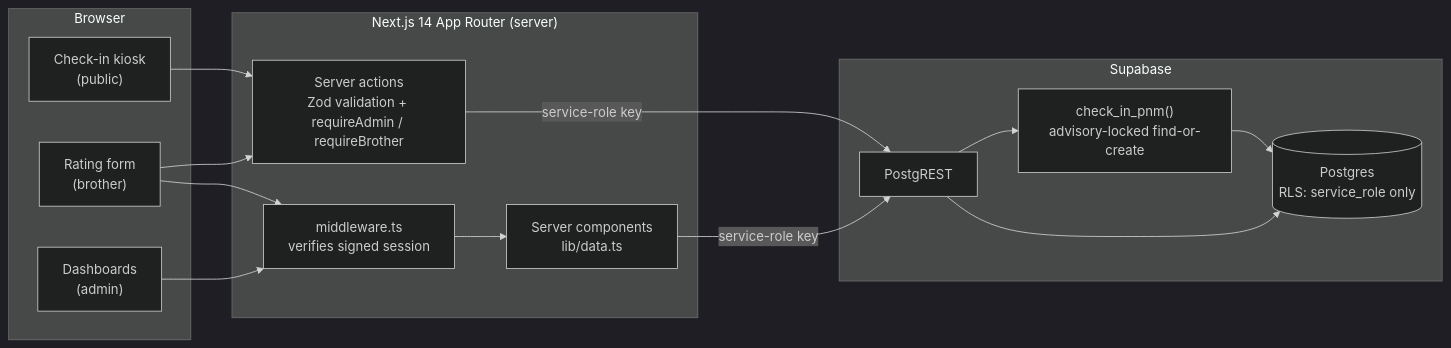
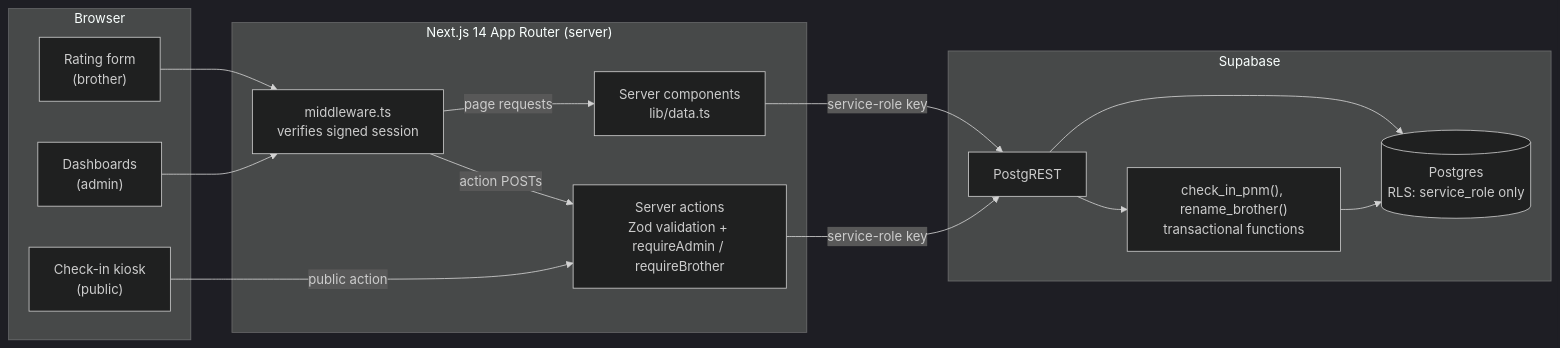
Before and after one commit to icampbell47/rushhq: the first of 2 diagrams in README.md, drawn with Mermaid (dark theme). The commit also changed other lines of this file and 1 other file, not shown here.

````diff
--- a/README.md
+++ b/README.md
@@ -32,29 +40,30 @@
 ```mermaid
 flowchart LR
   subgraph Browser
     Kiosk["Check-in kiosk<br/>(public)"]
     Phone["Rating form<br/>(brother)"]
     Admin["Dashboards<br/>(admin)"]
   end
 
   subgraph Next["Next.js 14 App Router (server)"]
     MW["middleware.ts<br/>verifies signed session"]
     RSC["Server components<br/>lib/data.ts"]
     SA["Server actions<br/>Zod validation + requireAdmin / requireBrother"]
   end
 
   subgraph Supabase["Supabase"]
     REST["PostgREST"]
     PG[("Postgres<br/>RLS: service_role only")]
-    RPC["check_in_pnm()<br/>advisory-locked find-or-create"]
+    RPC["check_in_pnm(), rename_brother()<br/>transactional functions"]
   end
 
-  Kiosk --> SA
-  Phone --> MW --> RSC
-  Phone --> SA
+  Phone --> MW
   Admin --> MW
+  MW -- "page requests" --> RSC
+  MW -- "action POSTs" --> SA
+  Kiosk -- "public action" --> SA
   RSC -- "service-role key" --> REST
   SA -- "service-role key" --> REST
   REST --> PG
   REST --> RPC --> PG
 ```
````
